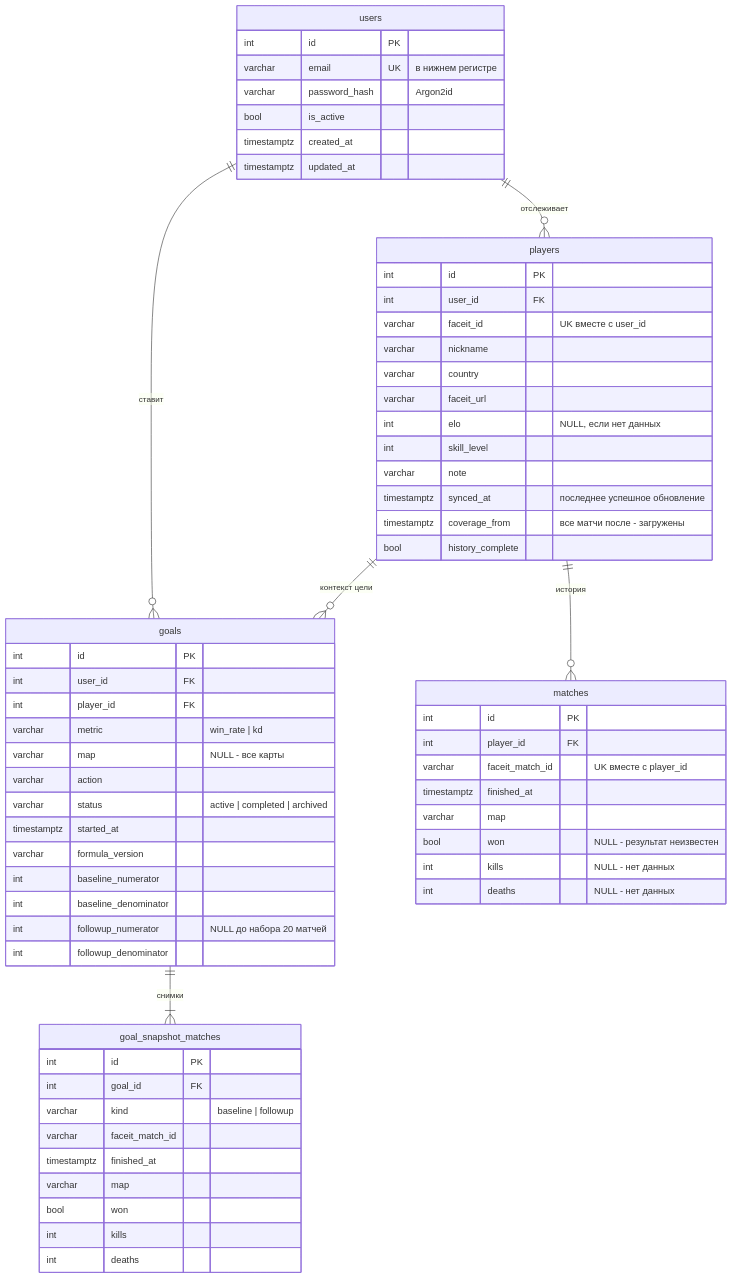
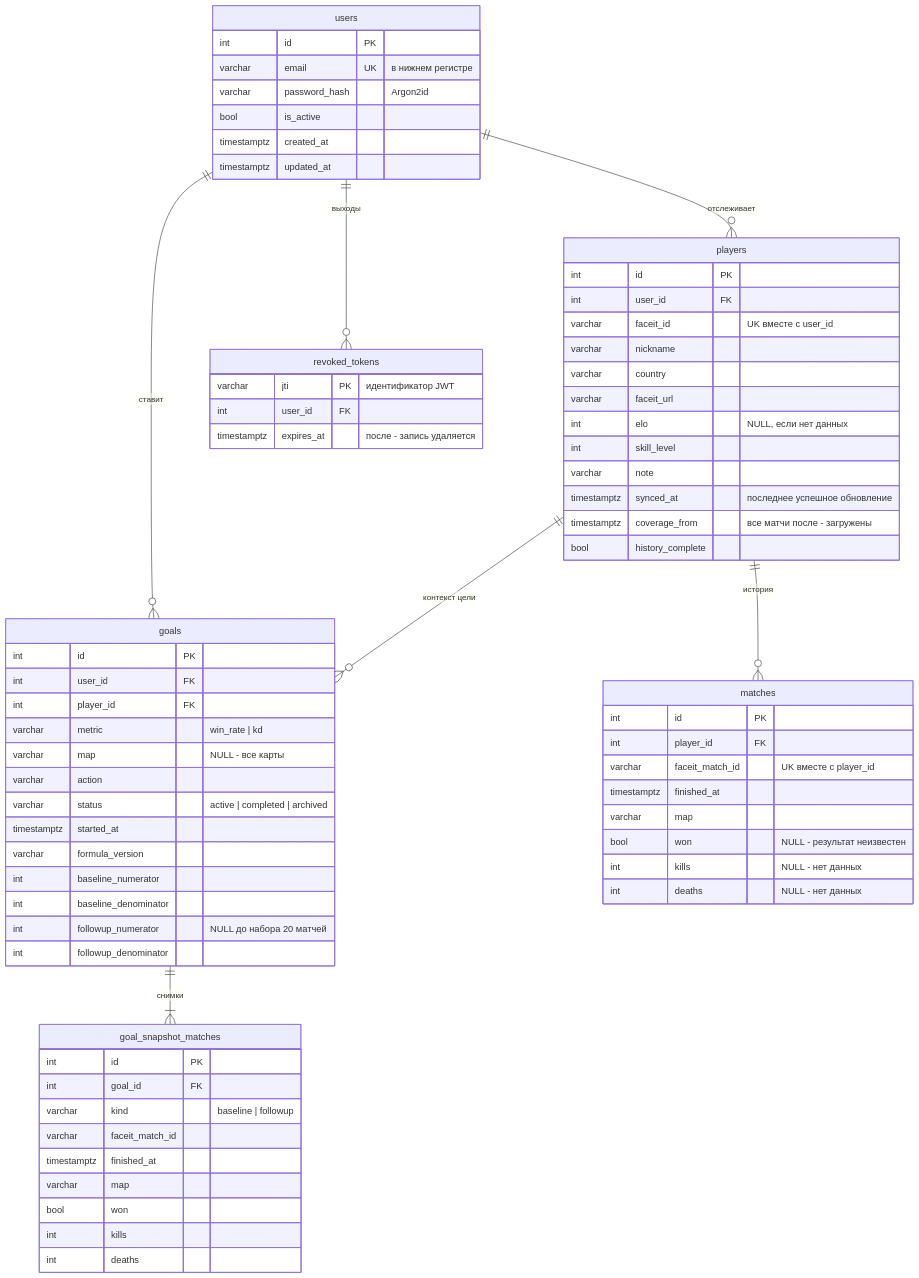
Before and after one commit to IMP-MOCE/FaceitProgress: the diagram in docs/database.md, drawn with Mermaid. The commit also changed other lines of this file and 57 other files, not shown here.

````diff
--- a/docs/database.md
+++ b/docs/database.md
@@ -7,67 +8,73 @@
 ```mermaid
 erDiagram
     users ||--o{ players : "отслеживает"
     users ||--o{ goals : "ставит"
+    users ||--o{ revoked_tokens : "выходы"
     players ||--o{ matches : "история"
     players ||--o{ goals : "контекст цели"
     goals ||--|{ goal_snapshot_matches : "снимки"
 
     users {
         int id PK
         varchar email UK "в нижнем регистре"
         varchar password_hash "Argon2id"
         bool is_active
         timestamptz created_at
         timestamptz updated_at
     }
     players {
         int id PK
         int user_id FK
         varchar faceit_id "UK вместе с user_id"
         varchar nickname
         varchar country
         varchar faceit_url
         int elo "NULL, если нет данных"
         int skill_level
         varchar note
         timestamptz synced_at "последнее успешное обновление"
         timestamptz coverage_from "все матчи после - загружены"
         bool history_complete
     }
     matches {
         int id PK
         int player_id FK
         varchar faceit_match_id "UK вместе с player_id"
         timestamptz finished_at
         varchar map
         bool won "NULL - результат неизвестен"
         int kills "NULL - нет данных"
         int deaths "NULL - нет данных"
     }
     goals {
         int id PK
         int user_id FK
         int player_id FK
         varchar metric "win_rate | kd"
         varchar map "NULL - все карты"
         varchar action
         varchar status "active | completed | archived"
         timestamptz started_at
         varchar formula_version
         int baseline_numerator
         int baseline_denominator
         int followup_numerator "NULL до набора 20 матчей"
         int followup_denominator
     }
+    revoked_tokens {
+        varchar jti PK "идентификатор JWT"
+        int user_id FK
+        timestamptz expires_at "после - запись удаляется"
+    }
     goal_snapshot_matches {
         int id PK
         int goal_id FK
         varchar kind "baseline | followup"
         varchar faceit_match_id
         timestamptz finished_at
         varchar map
         bool won
         int kills
         int deaths
     }
 ```
````
